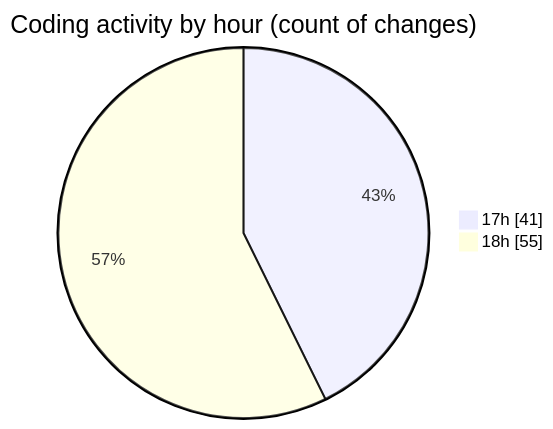
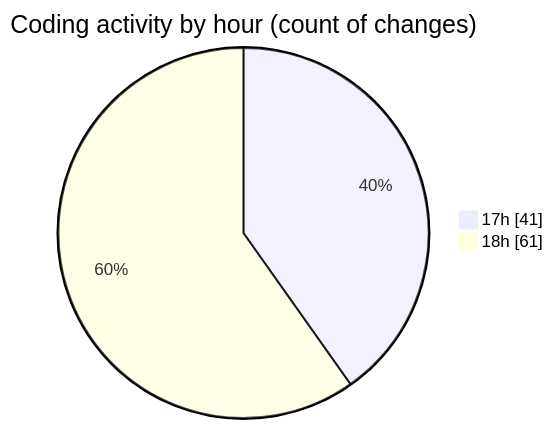
One commit to momahboobian/code-tracking changed the second of 2 diagrams in 2025-03-20/cda/README.md. Above: the diagram before and after it, drawn with Mermaid. The commit also changed other lines of this file and 1 other file, not shown here.

````diff
--- a/2025-03-20/cda/README.md
+++ b/2025-03-20/cda/README.md
@@ -32,6 +34,6 @@
 ```mermaid
 pie showData
 title Coding activity by hour (count of changes)
 "17h" : 41
-"18h" : 55
+"18h" : 61
 ```
````
